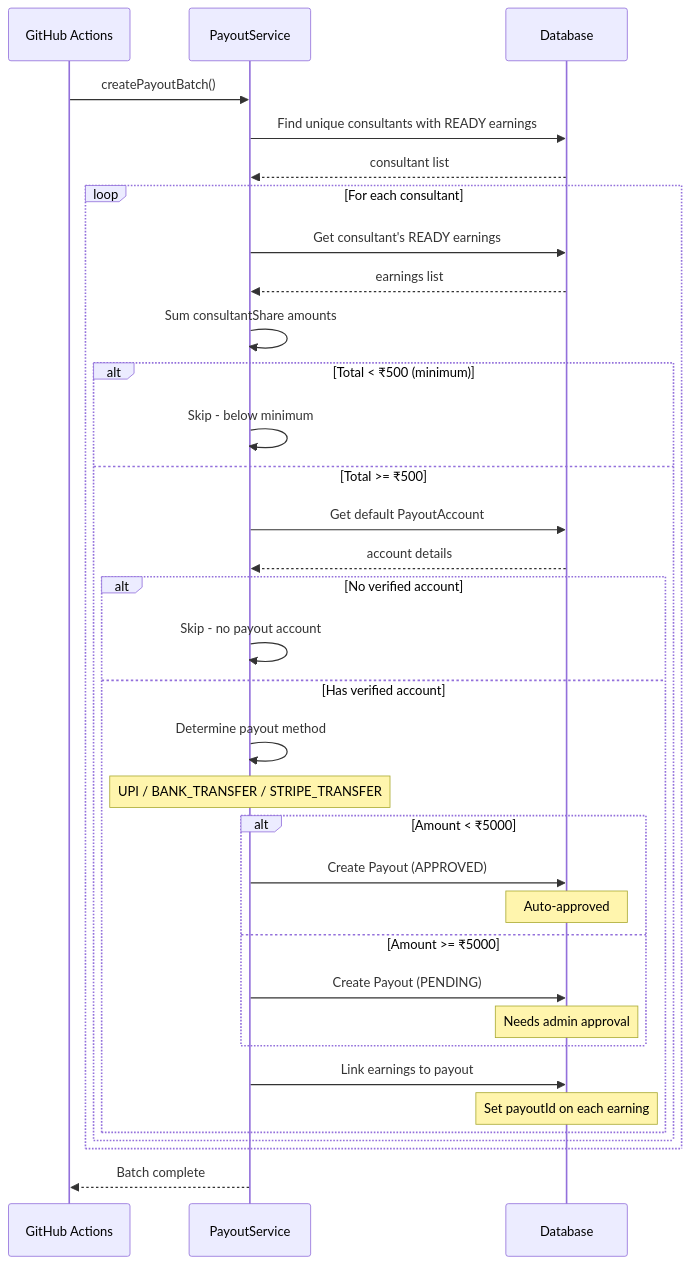
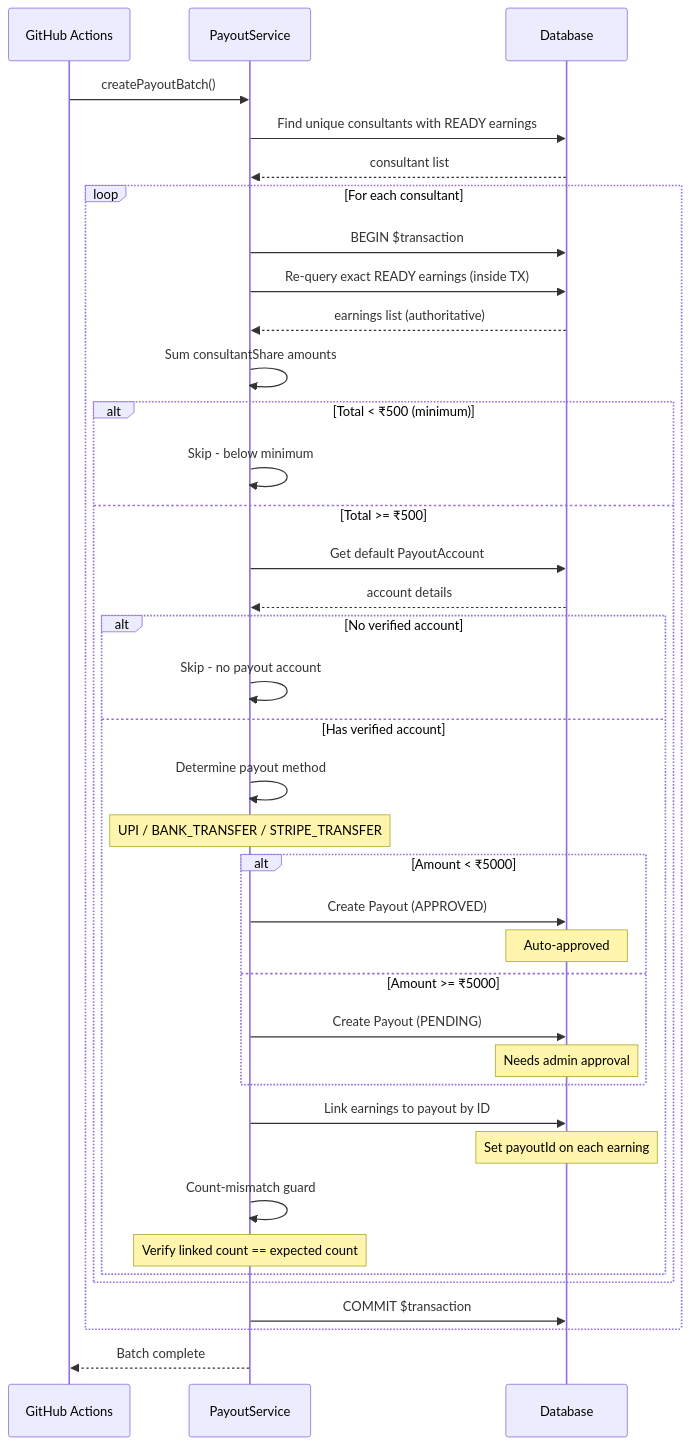
Before and after one commit to Practitionist/familiarise_web: the second of 9 diagrams in docs/payments/payouts/03-payout-processing.md, drawn with Mermaid. The commit also changed other lines of this file and 13 other files, not shown here.

````diff
--- a/docs/payments/payouts/03-payout-processing.md
+++ b/docs/payments/payouts/03-payout-processing.md
@@ -49,45 +49,49 @@
 ```mermaid
 sequenceDiagram
     participant GH as GitHub Actions
     participant PS as PayoutService
     participant DB as Database
 
     GH->>PS: createPayoutBatch()
 
     PS->>DB: Find unique consultants with READY earnings
     DB-->>PS: consultant list
 
     loop For each consultant
-        PS->>DB: Get consultant's READY earnings
-        DB-->>PS: earnings list
+        PS->>DB: BEGIN $transaction
+        PS->>DB: Re-query exact READY earnings (inside TX)
+        DB-->>PS: earnings list (authoritative)
 
         PS->>PS: Sum consultantShare amounts
 
         alt Total < ₹500 (minimum)
             PS->>PS: Skip - below minimum
         else Total >= ₹500
             PS->>DB: Get default PayoutAccount
             DB-->>PS: account details
 
             alt No verified account
                 PS->>PS: Skip - no payout account
             else Has verified account
                 PS->>PS: Determine payout method
                 Note over PS: UPI / BANK_TRANSFER / STRIPE_TRANSFER
 
                 alt Amount < ₹5000
                     PS->>DB: Create Payout (APPROVED)
                     Note over DB: Auto-approved
                 else Amount >= ₹5000
                     PS->>DB: Create Payout (PENDING)
                     Note over DB: Needs admin approval
                 end
 
-                PS->>DB: Link earnings to payout
+                PS->>DB: Link earnings to payout by ID
                 Note over DB: Set payoutId on each earning
+                PS->>PS: Count-mismatch guard
+                Note over PS: Verify linked count == expected count
             end
         end
+        PS->>DB: COMMIT $transaction
     end
 
     PS-->>GH: Batch complete
 ```
````
